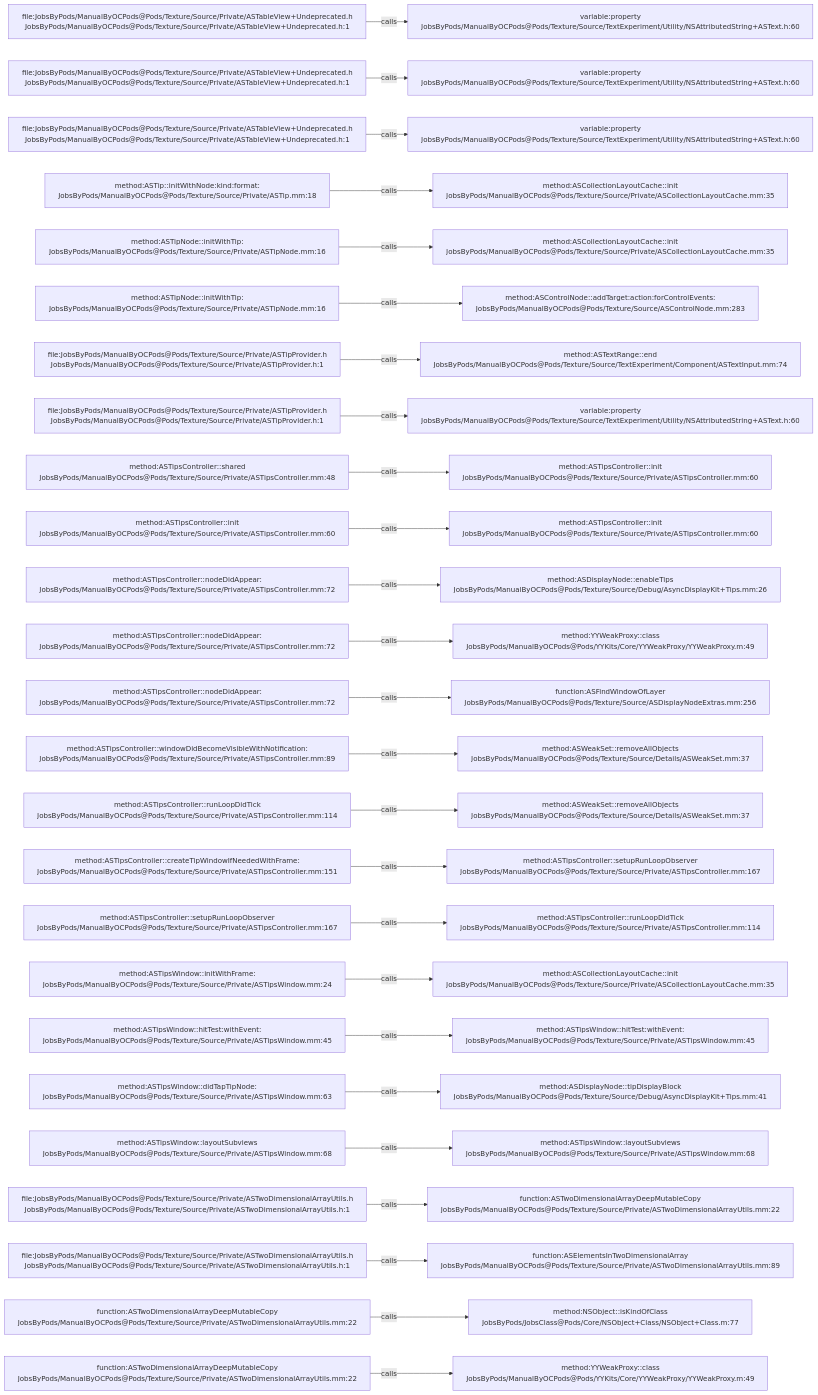
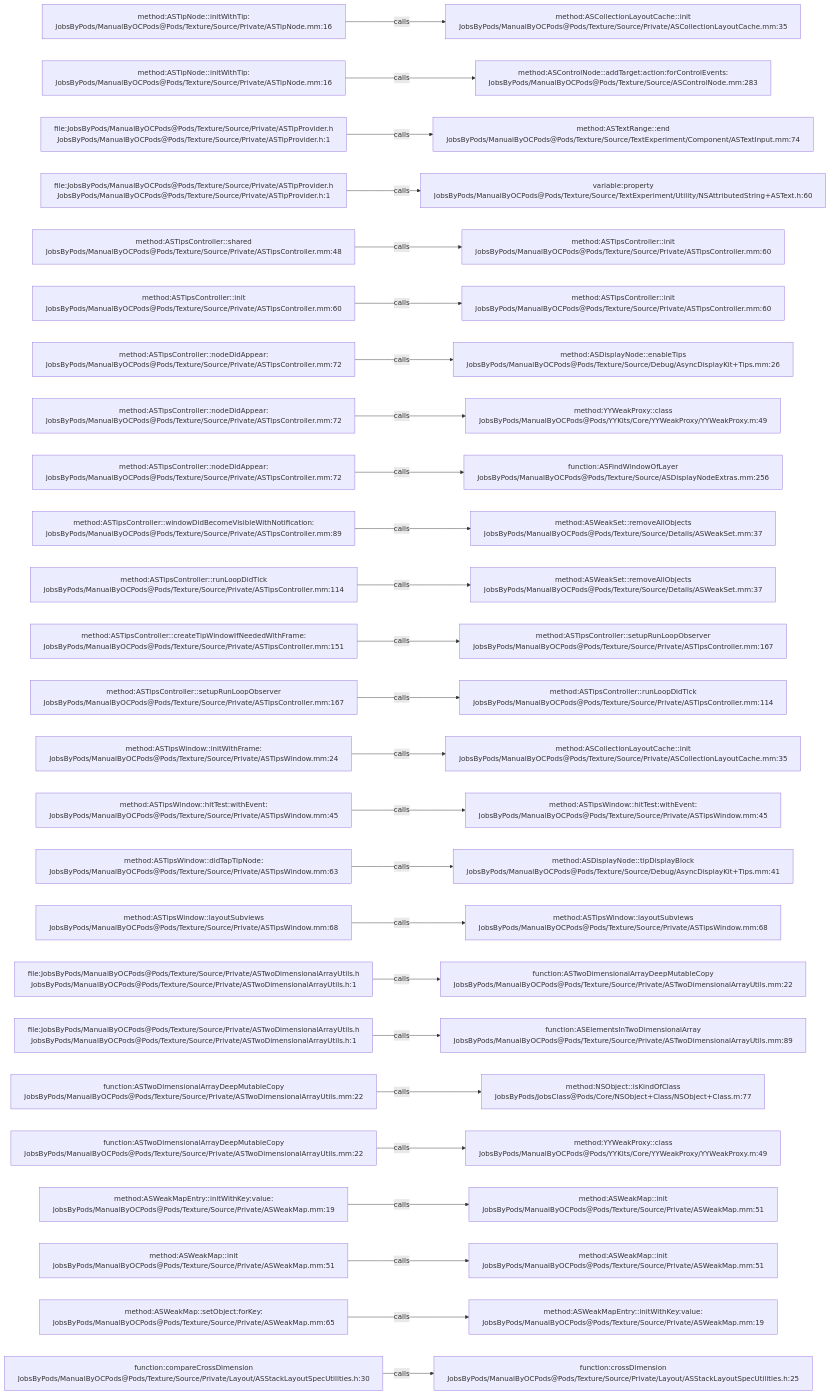
Before and after one commit to JobsKits/JobsOCBaseConfigDemo: the diagram in .codegraph/codegraph.md/graphs/calls-190.md, drawn with Mermaid. The commit also changed 727 other files, not shown here.

````diff
--- a/.codegraph/codegraph.md/graphs/calls-190.md
+++ b/.codegraph/codegraph.md/graphs/calls-190.md
@@ -13,78 +13,78 @@
 ```mermaid
 flowchart LR
-  S1["file:JobsByPods/ManualByOCPods@Pods/Texture/Source/Private/ASTableView+Undeprecated.h<br/>JobsByPods/ManualByOCPods@Pods/Texture/Source/Private/ASTableView+Undeprecated.h:1"]
-  T1["variable:property<br/>JobsByPods/ManualByOCPods@Pods/Texture/Source/TextExperiment/Utility/NSAttributedString+ASText.h:60"]
+  S1["method:ASTipNode::initWithTip:<br/>JobsByPods/ManualByOCPods@Pods/Texture/Source/Private/ASTipNode.mm:16"]
+  T1["method:ASCollectionLayoutCache::init<br/>JobsByPods/ManualByOCPods@Pods/Texture/Source/Private/ASCollectionLayoutCache.mm:35"]
   S1 -->|calls| T1
-  S2["file:JobsByPods/ManualByOCPods@Pods/Texture/Source/Private/ASTableView+Undeprecated.h<br/>JobsByPods/ManualByOCPods@Pods/Texture/Source/Private/ASTableView+Undeprecated.h:1"]
-  T2["variable:property<br/>JobsByPods/ManualByOCPods@Pods/Texture/Source/TextExperiment/Utility/NSAttributedString+ASText.h:60"]
+  S2["method:ASTipNode::initWithTip:<br/>JobsByPods/ManualByOCPods@Pods/Texture/Source/Private/ASTipNode.mm:16"]
+  T2["method:ASControlNode::addTarget:action:forControlEvents:<br/>JobsByPods/ManualByOCPods@Pods/Texture/Source/ASControlNode.mm:283"]
   S2 -->|calls| T2
-  S3["file:JobsByPods/ManualByOCPods@Pods/Texture/Source/Private/ASTableView+Undeprecated.h<br/>JobsByPods/ManualByOCPods@Pods/Texture/Source/Private/ASTableView+Undeprecated.h:1"]
-  T3["variable:property<br/>JobsByPods/ManualByOCPods@Pods/Texture/Source/TextExperiment/Utility/NSAttributedString+ASText.h:60"]
+  S3["file:JobsByPods/ManualByOCPods@Pods/Texture/Source/Private/ASTipProvider.h<br/>JobsByPods/ManualByOCPods@Pods/Texture/Source/Private/ASTipProvider.h:1"]
+  T3["method:ASTextRange::end<br/>JobsByPods/ManualByOCPods@Pods/Texture/Source/TextExperiment/Component/ASTextInput.mm:74"]
   S3 -->|calls| T3
-  S4["method:ASTip::initWithNode:kind:format:<br/>JobsByPods/ManualByOCPods@Pods/Texture/Source/Private/ASTip.mm:18"]
-  T4["method:ASCollectionLayoutCache::init<br/>JobsByPods/ManualByOCPods@Pods/Texture/Source/Private/ASCollectionLayoutCache.mm:35"]
+  S4["file:JobsByPods/ManualByOCPods@Pods/Texture/Source/Private/ASTipProvider.h<br/>JobsByPods/ManualByOCPods@Pods/Texture/Source/Private/ASTipProvider.h:1"]
+  T4["variable:property<br/>JobsByPods/ManualByOCPods@Pods/Texture/Source/TextExperiment/Utility/NSAttributedString+ASText.h:60"]
   S4 -->|calls| T4
-  S5["method:ASTipNode::initWithTip:<br/>JobsByPods/ManualByOCPods@Pods/Texture/Source/Private/ASTipNode.mm:16"]
-  T5["method:ASCollectionLayoutCache::init<br/>JobsByPods/ManualByOCPods@Pods/Texture/Source/Private/ASCollectionLayoutCache.mm:35"]
+  S5["method:ASTipsController::shared<br/>JobsByPods/ManualByOCPods@Pods/Texture/Source/Private/ASTipsController.mm:48"]
+  T5["method:ASTipsController::init<br/>JobsByPods/ManualByOCPods@Pods/Texture/Source/Private/ASTipsController.mm:60"]
   S5 -->|calls| T5
-  S6["method:ASTipNode::initWithTip:<br/>JobsByPods/ManualByOCPods@Pods/Texture/Source/Private/ASTipNode.mm:16"]
-  T6["method:ASControlNode::addTarget:action:forControlEvents:<br/>JobsByPods/ManualByOCPods@Pods/Texture/Source/ASControlNode.mm:283"]
+  S6["method:ASTipsController::init<br/>JobsByPods/ManualByOCPods@Pods/Texture/Source/Private/ASTipsController.mm:60"]
+  T6["method:ASTipsController::init<br/>JobsByPods/ManualByOCPods@Pods/Texture/Source/Private/ASTipsController.mm:60"]
   S6 -->|calls| T6
-  S7["file:JobsByPods/ManualByOCPods@Pods/Texture/Source/Private/ASTipProvider.h<br/>JobsByPods/ManualByOCPods@Pods/Texture/Source/Private/ASTipProvider.h:1"]
-  T7["method:ASTextRange::end<br/>JobsByPods/ManualByOCPods@Pods/Texture/Source/TextExperiment/Component/ASTextInput.mm:74"]
+  S7["method:ASTipsController::nodeDidAppear:<br/>JobsByPods/ManualByOCPods@Pods/Texture/Source/Private/ASTipsController.mm:72"]
+  T7["method:ASDisplayNode::enableTips<br/>JobsByPods/ManualByOCPods@Pods/Texture/Source/Debug/AsyncDisplayKit+Tips.mm:26"]
   S7 -->|calls| T7
-  S8["file:JobsByPods/ManualByOCPods@Pods/Texture/Source/Private/ASTipProvider.h<br/>JobsByPods/ManualByOCPods@Pods/Texture/Source/Private/ASTipProvider.h:1"]
-  T8["variable:property<br/>JobsByPods/ManualByOCPods@Pods/Texture/Source/TextExperiment/Utility/NSAttributedString+ASText.h:60"]
+  S8["method:ASTipsController::nodeDidAppear:<br/>JobsByPods/ManualByOCPods@Pods/Texture/Source/Private/ASTipsController.mm:72"]
+  T8["method:YYWeakProxy::class<br/>JobsByPods/ManualByOCPods@Pods/YYKits/Core/YYWeakProxy/YYWeakProxy.m:49"]
   S8 -->|calls| T8
-  S9["method:ASTipsController::shared<br/>JobsByPods/ManualByOCPods@Pods/Texture/Source/Private/ASTipsController.mm:48"]
-  T9["method:ASTipsController::init<br/>JobsByPods/ManualByOCPods@Pods/Texture/Source/Private/ASTipsController.mm:60"]
+  S9["method:ASTipsController::nodeDidAppear:<br/>JobsByPods/ManualByOCPods@Pods/Texture/Source/Private/ASTipsController.mm:72"]
+  T9["function:ASFindWindowOfLayer<br/>JobsByPods/ManualByOCPods@Pods/Texture/Source/ASDisplayNodeExtras.mm:256"]
   S9 -->|calls| T9
-  S10["method:ASTipsController::init<br/>JobsByPods/ManualByOCPods@Pods/Texture/Source/Private/ASTipsController.mm:60"]
-  T10["method:ASTipsController::init<br/>JobsByPods/ManualByOCPods@Pods/Texture/Source/Private/ASTipsController.mm:60"]
+  S10["method:ASTipsController::windowDidBecomeVisibleWithNotification:<br/>JobsByPods/ManualByOCPods@Pods/Texture/Source/Private/ASTipsController.mm:89"]
+  T10["method:ASWeakSet::removeAllObjects<br/>JobsByPods/ManualByOCPods@Pods/Texture/Source/Details/ASWeakSet.mm:37"]
   S10 -->|calls| T10
-  S11["method:ASTipsController::nodeDidAppear:<br/>JobsByPods/ManualByOCPods@Pods/Texture/Source/Private/ASTipsController.mm:72"]
-  T11["method:ASDisplayNode::enableTips<br/>JobsByPods/ManualByOCPods@Pods/Texture/Source/Debug/AsyncDisplayKit+Tips.mm:26"]
+  S11["method:ASTipsController::runLoopDidTick<br/>JobsByPods/ManualByOCPods@Pods/Texture/Source/Private/ASTipsController.mm:114"]
+  T11["method:ASWeakSet::removeAllObjects<br/>JobsByPods/ManualByOCPods@Pods/Texture/Source/Details/ASWeakSet.mm:37"]
   S11 -->|calls| T11
-  S12["method:ASTipsController::nodeDidAppear:<br/>JobsByPods/ManualByOCPods@Pods/Texture/Source/Private/ASTipsController.mm:72"]
-  T12["method:YYWeakProxy::class<br/>JobsByPods/ManualByOCPods@Pods/YYKits/Core/YYWeakProxy/YYWeakProxy.m:49"]
+  S12["method:ASTipsController::createTipWindowIfNeededWithFrame:<br/>JobsByPods/ManualByOCPods@Pods/Texture/Source/Private/ASTipsController.mm:151"]
+  T12["method:ASTipsController::setupRunLoopObserver<br/>JobsByPods/ManualByOCPods@Pods/Texture/Source/Private/ASTipsController.mm:167"]
   S12 -->|calls| T12
-  S13["method:ASTipsController::nodeDidAppear:<br/>JobsByPods/ManualByOCPods@Pods/Texture/Source/Private/ASTipsController.mm:72"]
-  T13["function:ASFindWindowOfLayer<br/>JobsByPods/ManualByOCPods@Pods/Texture/Source/ASDisplayNodeExtras.mm:256"]
+  S13["method:ASTipsController::setupRunLoopObserver<br/>JobsByPods/ManualByOCPods@Pods/Texture/Source/Private/ASTipsController.mm:167"]
+  T13["method:ASTipsController::runLoopDidTick<br/>JobsByPods/ManualByOCPods@Pods/Texture/Source/Private/ASTipsController.mm:114"]
   S13 -->|calls| T13
-  S14["method:ASTipsController::windowDidBecomeVisibleWithNotification:<br/>JobsByPods/ManualByOCPods@Pods/Texture/Source/Private/ASTipsController.mm:89"]
-  T14["method:ASWeakSet::removeAllObjects<br/>JobsByPods/ManualByOCPods@Pods/Texture/Source/Details/ASWeakSet.mm:37"]
+  S14["method:ASTipsWindow::initWithFrame:<br/>JobsByPods/ManualByOCPods@Pods/Texture/Source/Private/ASTipsWindow.mm:24"]
+  T14["method:ASCollectionLayoutCache::init<br/>JobsByPods/ManualByOCPods@Pods/Texture/Source/Private/ASCollectionLayoutCache.mm:35"]
   S14 -->|calls| T14
-  S15["method:ASTipsController::runLoopDidTick<br/>JobsByPods/ManualByOCPods@Pods/Texture/Source/Private/ASTipsController.mm:114"]
-  T15["method:ASWeakSet::removeAllObjects<br/>JobsByPods/ManualByOCPods@Pods/Texture/Source/Details/ASWeakSet.mm:37"]
+  S15["method:ASTipsWindow::hitTest:withEvent:<br/>JobsByPods/ManualByOCPods@Pods/Texture/Source/Private/ASTipsWindow.mm:45"]
+  T15["method:ASTipsWindow::hitTest:withEvent:<br/>JobsByPods/ManualByOCPods@Pods/Texture/Source/Private/ASTipsWindow.mm:45"]
   S15 -->|calls| T15
-  S16["method:ASTipsController::createTipWindowIfNeededWithFrame:<br/>JobsByPods/ManualByOCPods@Pods/Texture/Source/Private/ASTipsController.mm:151"]
-  T16["method:ASTipsController::setupRunLoopObserver<br/>JobsByPods/ManualByOCPods@Pods/Texture/Source/Private/ASTipsController.mm:167"]
+  S16["method:ASTipsWindow::didTapTipNode:<br/>JobsByPods/ManualByOCPods@Pods/Texture/Source/Private/ASTipsWindow.mm:63"]
+  T16["method:ASDisplayNode::tipDisplayBlock<br/>JobsByPods/ManualByOCPods@Pods/Texture/Source/Debug/AsyncDisplayKit+Tips.mm:41"]
   S16 -->|calls| T16
-  S17["method:ASTipsController::setupRunLoopObserver<br/>JobsByPods/ManualByOCPods@Pods/Texture/Source/Private/ASTipsController.mm:167"]
-  T17["method:ASTipsController::runLoopDidTick<br/>JobsByPods/ManualByOCPods@Pods/Texture/Source/Private/ASTipsController.mm:114"]
+  S17["method:ASTipsWindow::layoutSubviews<br/>JobsByPods/ManualByOCPods@Pods/Texture/Source/Private/ASTipsWindow.mm:68"]
+  T17["method:ASTipsWindow::layoutSubviews<br/>JobsByPods/ManualByOCPods@Pods/Texture/Source/Private/ASTipsWindow.mm:68"]
   S17 -->|calls| T17
-  S18["method:ASTipsWindow::initWithFrame:<br/>JobsByPods/ManualByOCPods@Pods/Texture/Source/Private/ASTipsWindow.mm:24"]
-  T18["method:ASCollectionLayoutCache::init<br/>JobsByPods/ManualByOCPods@Pods/Texture/Source/Private/ASCollectionLayoutCache.mm:35"]
+  S18["file:JobsByPods/ManualByOCPods@Pods/Texture/Source/Private/ASTwoDimensionalArrayUtils.h<br/>JobsByPods/ManualByOCPods@Pods/Texture/Source/Private/ASTwoDimensionalArrayUtils.h:1"]
+  T18["function:ASTwoDimensionalArrayDeepMutableCopy<br/>JobsByPods/ManualByOCPods@Pods/Texture/Source/Private/ASTwoDimensionalArrayUtils.mm:22"]
   S18 -->|calls| T18
-  S19["method:ASTipsWindow::hitTest:withEvent:<br/>JobsByPods/ManualByOCPods@Pods/Texture/Source/Private/ASTipsWindow.mm:45"]
-  T19["method:ASTipsWindow::hitTest:withEvent:<br/>JobsByPods/ManualByOCPods@Pods/Texture/Source/Private/ASTipsWindow.mm:45"]
+  S19["file:JobsByPods/ManualByOCPods@Pods/Texture/Source/Private/ASTwoDimensionalArrayUtils.h<br/>JobsByPods/ManualByOCPods@Pods/Texture/Source/Private/ASTwoDimensionalArrayUtils.h:1"]
+  T19["function:ASElementsInTwoDimensionalArray<br/>JobsByPods/ManualByOCPods@Pods/Texture/Source/Private/ASTwoDimensionalArrayUtils.mm:89"]
   S19 -->|calls| T19
-  S20["method:ASTipsWindow::didTapTipNode:<br/>JobsByPods/ManualByOCPods@Pods/Texture/Source/Private/ASTipsWindow.mm:63"]
-  T20["method:ASDisplayNode::tipDisplayBlock<br/>JobsByPods/ManualByOCPods@Pods/Texture/Source/Debug/AsyncDisplayKit+Tips.mm:41"]
+  S20["function:ASTwoDimensionalArrayDeepMutableCopy<br/>JobsByPods/ManualByOCPods@Pods/Texture/Source/Private/ASTwoDimensionalArrayUtils.mm:22"]
+  T20["method:NSObject::isKindOfClass<br/>JobsByPods/JobsClass@Pods/Core/NSObject+Class/NSObject+Class.m:77"]
   S20 -->|calls| T20
-  S21["method:ASTipsWindow::layoutSubviews<br/>JobsByPods/ManualByOCPods@Pods/Texture/Source/Private/ASTipsWindow.mm:68"]
-  T21["method:ASTipsWindow::layoutSubviews<br/>JobsByPods/ManualByOCPods@Pods/Texture/Source/Private/ASTipsWindow.mm:68"]
+  S21["function:ASTwoDimensionalArrayDeepMutableCopy<br/>JobsByPods/ManualByOCPods@Pods/Texture/Source/Private/ASTwoDimensionalArrayUtils.mm:22"]
+  T21["method:YYWeakProxy::class<br/>JobsByPods/ManualByOCPods@Pods/YYKits/Core/YYWeakProxy/YYWeakProxy.m:49"]
   S21 -->|calls| T21
-  S22["file:JobsByPods/ManualByOCPods@Pods/Texture/Source/Private/ASTwoDimensionalArrayUtils.h<br/>JobsByPods/ManualByOCPods@Pods/Texture/Source/Private/ASTwoDimensionalArrayUtils.h:1"]
-  T22["function:ASTwoDimensionalArrayDeepMutableCopy<br/>JobsByPods/ManualByOCPods@Pods/Texture/Source/Private/ASTwoDimensionalArrayUtils.mm:22"]
+  S22["method:ASWeakMapEntry::initWithKey:value:<br/>JobsByPods/ManualByOCPods@Pods/Texture/Source/Private/ASWeakMap.mm:19"]
+  T22["method:ASWeakMap::init<br/>JobsByPods/ManualByOCPods@Pods/Texture/Source/Private/ASWeakMap.mm:51"]
   S22 -->|calls| T22
-  S23["file:JobsByPods/ManualByOCPods@Pods/Texture/Source/Private/ASTwoDimensionalArrayUtils.h<br/>JobsByPods/ManualByOCPods@Pods/Texture/Source/Private/ASTwoDimensionalArrayUtils.h:1"]
-  T23["function:ASElementsInTwoDimensionalArray<br/>JobsByPods/ManualByOCPods@Pods/Texture/Source/Private/ASTwoDimensionalArrayUtils.mm:89"]
+  S23["method:ASWeakMap::init<br/>JobsByPods/ManualByOCPods@Pods/Texture/Source/Private/ASWeakMap.mm:51"]
+  T23["method:ASWeakMap::init<br/>JobsByPods/ManualByOCPods@Pods/Texture/Source/Private/ASWeakMap.mm:51"]
   S23 -->|calls| T23
-  S24["function:ASTwoDimensionalArrayDeepMutableCopy<br/>JobsByPods/ManualByOCPods@Pods/Texture/Source/Private/ASTwoDimensionalArrayUtils.mm:22"]
-  T24["method:NSObject::isKindOfClass<br/>JobsByPods/JobsClass@Pods/Core/NSObject+Class/NSObject+Class.m:77"]
+  S24["method:ASWeakMap::setObject:forKey:<br/>JobsByPods/ManualByOCPods@Pods/Texture/Source/Private/ASWeakMap.mm:65"]
+  T24["method:ASWeakMapEntry::initWithKey:value:<br/>JobsByPods/ManualByOCPods@Pods/Texture/Source/Private/ASWeakMap.mm:19"]
   S24 -->|calls| T24
-  S25["function:ASTwoDimensionalArrayDeepMutableCopy<br/>JobsByPods/ManualByOCPods@Pods/Texture/Source/Private/ASTwoDimensionalArrayUtils.mm:22"]
-  T25["method:YYWeakProxy::class<br/>JobsByPods/ManualByOCPods@Pods/YYKits/Core/YYWeakProxy/YYWeakProxy.m:49"]
+  S25["function:compareCrossDimension<br/>JobsByPods/ManualByOCPods@Pods/Texture/Source/Private/Layout/ASStackLayoutSpecUtilities.h:30"]
+  T25["function:crossDimension<br/>JobsByPods/ManualByOCPods@Pods/Texture/Source/Private/Layout/ASStackLayoutSpecUtilities.h:25"]
   S25 -->|calls| T25
 ```
````
